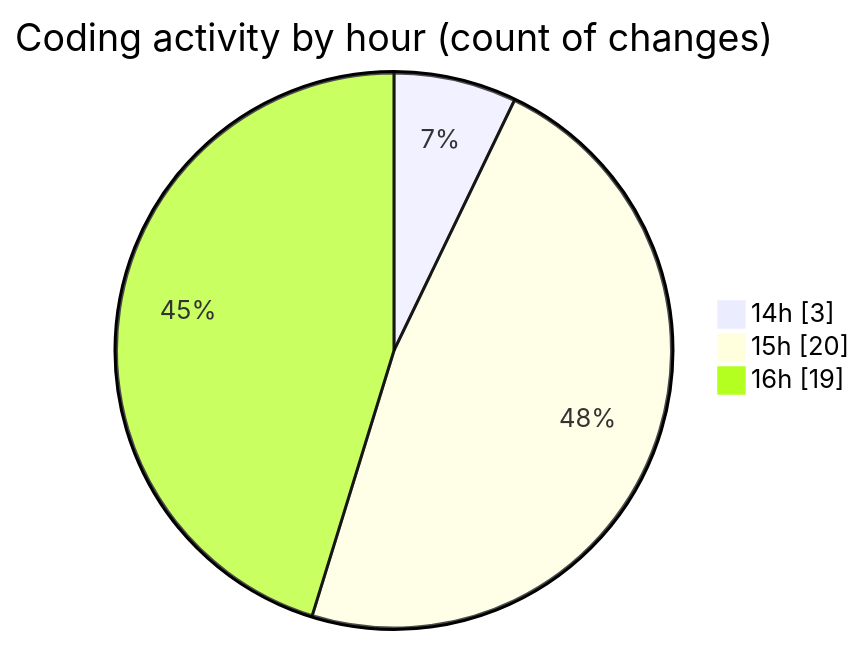
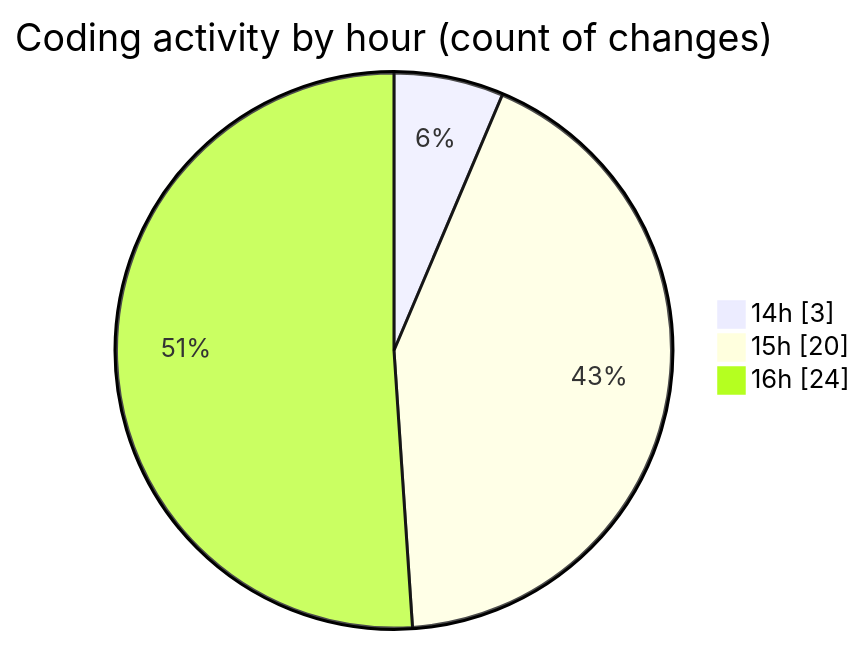
The second of 2 diagrams in 2025-06-02/nxtqube_webapp/README.md (nxtqubesakshisongat/code-tracking), drawn with Mermaid before and after one commit. The commit also changed other lines of this file and 1 other file, not shown here.

````diff
--- a/2025-06-02/nxtqube_webapp/README.md
+++ b/2025-06-02/nxtqube_webapp/README.md
@@ -29,7 +29,7 @@
 ```mermaid
 pie showData
 title Coding activity by hour (count of changes)
 "14h" : 3
 "15h" : 20
-"16h" : 19
+"16h" : 24
 ```
````
